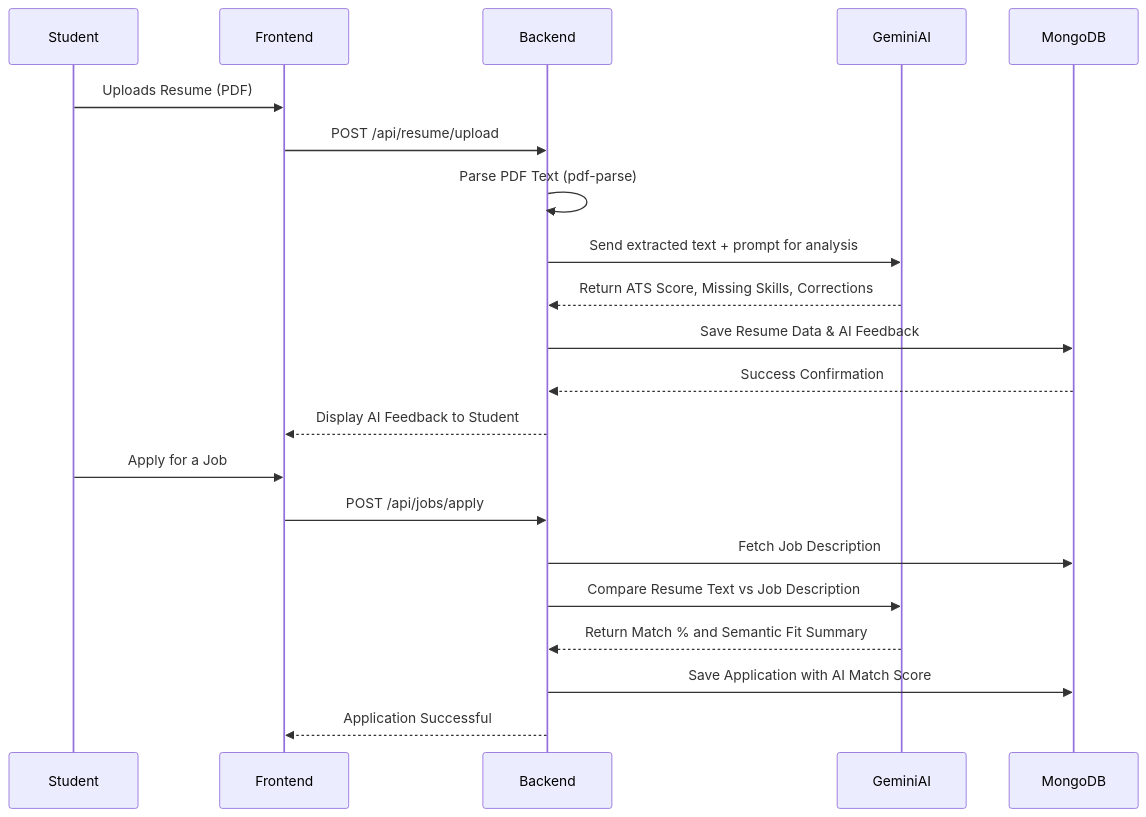
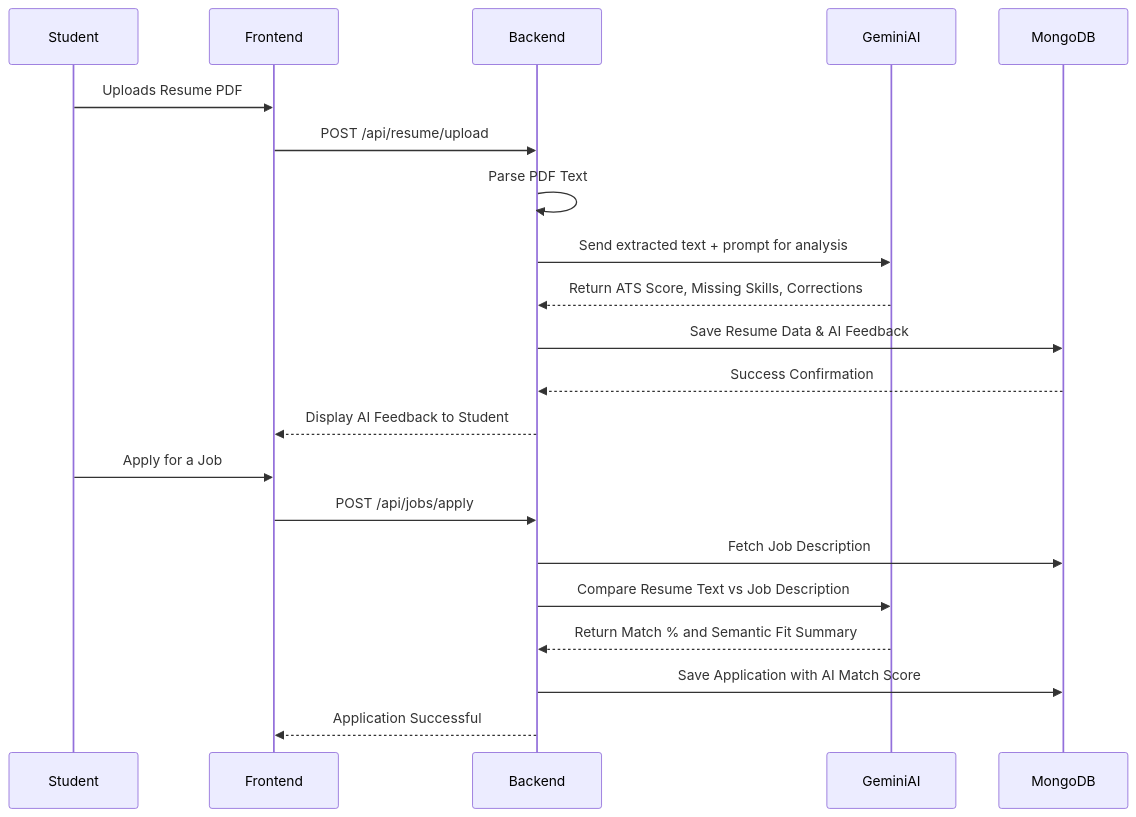
One commit to Abhijeet0848/Placement-portal changed the fifth of 6 diagrams in FLOW_ARCHITECTURE.md. Above: the diagram before and after it, drawn with Mermaid. The commit also changed other lines of this file, not shown here.

Commit message:
fix: simplify mermaid syntax for live editor compatibility

````diff
--- a/FLOW_ARCHITECTURE.md
+++ b/FLOW_ARCHITECTURE.md
@@ -129,29 +126,29 @@
 ```mermaid
 sequenceDiagram
     participant Student
     participant Frontend
     participant Backend
     participant GeminiAI
     participant MongoDB
     
-    Student->>Frontend: Uploads Resume (PDF)
+    Student->>Frontend: Uploads Resume PDF
     Frontend->>Backend: POST /api/resume/upload
-    Backend->>Backend: Parse PDF Text (pdf-parse)
+    Backend->>Backend: Parse PDF Text
     
     Backend->>GeminiAI: Send extracted text + prompt for analysis
     GeminiAI-->>Backend: Return ATS Score, Missing Skills, Corrections
     
     Backend->>MongoDB: Save Resume Data & AI Feedback
     MongoDB-->>Backend: Success Confirmation
     Backend-->>Frontend: Display AI Feedback to Student
     
     Student->>Frontend: Apply for a Job
     Frontend->>Backend: POST /api/jobs/apply
     Backend->>MongoDB: Fetch Job Description
     
     Backend->>GeminiAI: Compare Resume Text vs Job Description
     GeminiAI-->>Backend: Return Match % and Semantic Fit Summary
     
     Backend->>MongoDB: Save Application with AI Match Score
     Backend-->>Frontend: Application Successful
 ```
````
